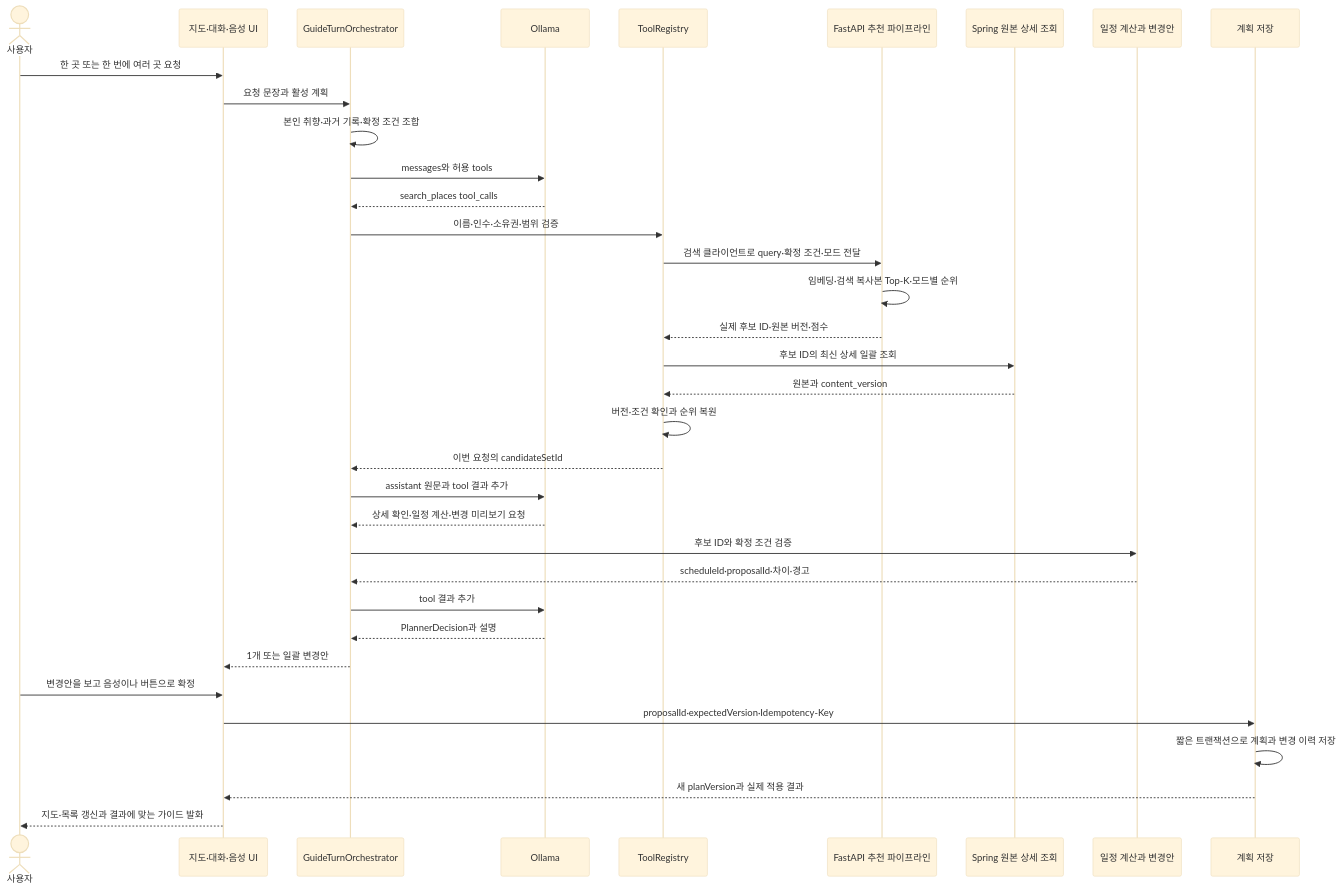
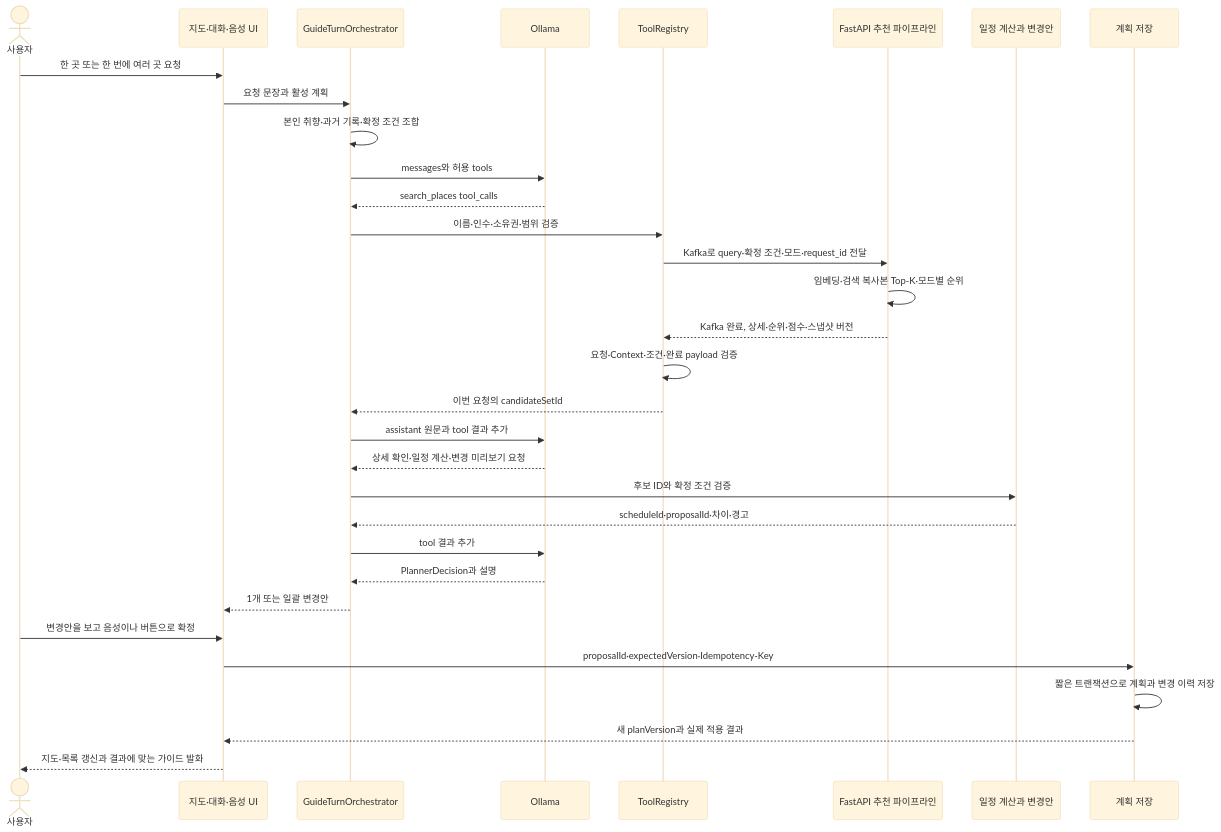
One commit to yollo4179/TravelMate changed the fifth of 7 diagrams in docs/architecture/personal-tour-guide.md. Above: the diagram before and after it, drawn with Mermaid (base theme). The commit also changed other lines of this file and 5 other files, not shown here.

Commit message:
Specify separate search DB and full Kafka recommendation results

````diff
--- a/docs/architecture/personal-tour-guide.md
+++ b/docs/architecture/personal-tour-guide.md
@@ -210,37 +215,34 @@
 ```mermaid
 sequenceDiagram
     actor User as 사용자
     participant App as 지도·대화·음성 UI
     participant Server as GuideTurnOrchestrator
     participant LLM as Ollama
     participant Tools as ToolRegistry
     participant Search as FastAPI 추천 파이프라인
-    participant Source as Spring 원본 상세 조회
     participant Preview as 일정 계산과 변경안
     participant Store as 계획 저장
     User->>App: 한 곳 또는 한 번에 여러 곳 요청
     App->>Server: 요청 문장과 활성 계획
     Server->>Server: 본인 취향·과거 기록·확정 조건 조합
     Server->>LLM: messages와 허용 tools
     LLM-->>Server: search_places tool_calls
     Server->>Tools: 이름·인수·소유권·범위 검증
-    Tools->>Search: 검색 클라이언트로 query·확정 조건·모드 전달
+    Tools->>Search: Kafka로 query·확정 조건·모드·request_id 전달
     Search->>Search: 임베딩·검색 복사본 Top-K·모드별 순위
-    Search-->>Tools: 실제 후보 ID·원본 버전·점수
-    Tools->>Source: 후보 ID의 최신 상세 일괄 조회
-    Source-->>Tools: 원본과 content_version
-    Tools->>Tools: 버전·조건 확인과 순위 복원
+    Search-->>Tools: Kafka 완료, 상세·순위·점수·스냅샷 버전
+    Tools->>Tools: 요청·Context·조건·완료 payload 검증
     Tools-->>Server: 이번 요청의 candidateSetId
     Server->>LLM: assistant 원문과 tool 결과 추가
     LLM-->>Server: 상세 확인·일정 계산·변경 미리보기 요청
     Server->>Preview: 후보 ID와 확정 조건 검증
     Preview-->>Server: scheduleId·proposalId·차이·경고
     Server->>LLM: tool 결과 추가
     LLM-->>Server: PlannerDecision과 설명
     Server-->>App: 1개 또는 일괄 변경안
     User->>App: 변경안을 보고 음성이나 버튼으로 확정
     App->>Store: proposalId·expectedVersion·Idempotency-Key
     Store->>Store: 짧은 트랜잭션으로 계획과 변경 이력 저장
     Store-->>App: 새 planVersion과 실제 적용 결과
     App-->>User: 지도·목록 갱신과 결과에 맞는 가이드 발화
 ```
````
